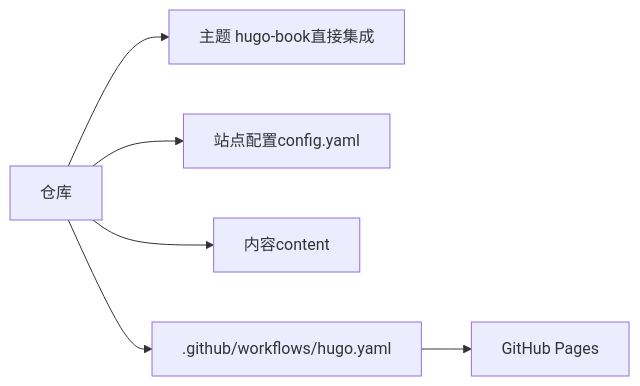
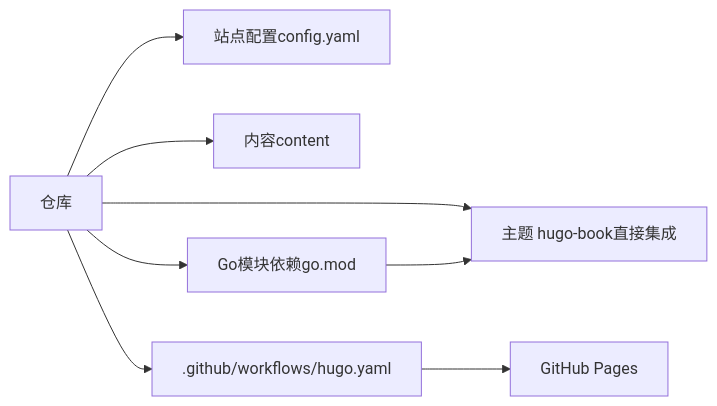
Before and after one commit to nianjiang/nianjiang.github.io: the fourth of 4 diagrams in .qoder/repowiki/zh/content/快速开始.md, drawn with Mermaid. The commit also changed other lines of this file and 176 other files, not shown here.

````diff
--- a/.qoder/repowiki/zh/content/快速开始.md
+++ b/.qoder/repowiki/zh/content/快速开始.md
@@ -214,8 +224,10 @@
 ```mermaid
 graph LR
 Repo["仓库"] --> Theme["主题 hugo-book直接集成"]
 Repo --> Config["站点配置config.yaml"]
 Repo --> Content["内容content"]
 Repo --> CI[".github/workflows/hugo.yaml"]
+Repo --> GoMod["Go模块依赖go.mod"]
 CI --> Pages["GitHub Pages"]
+GoMod --> Theme
 ```
````
